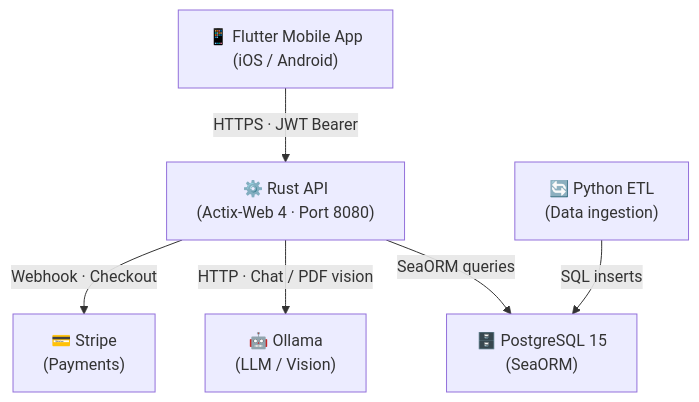
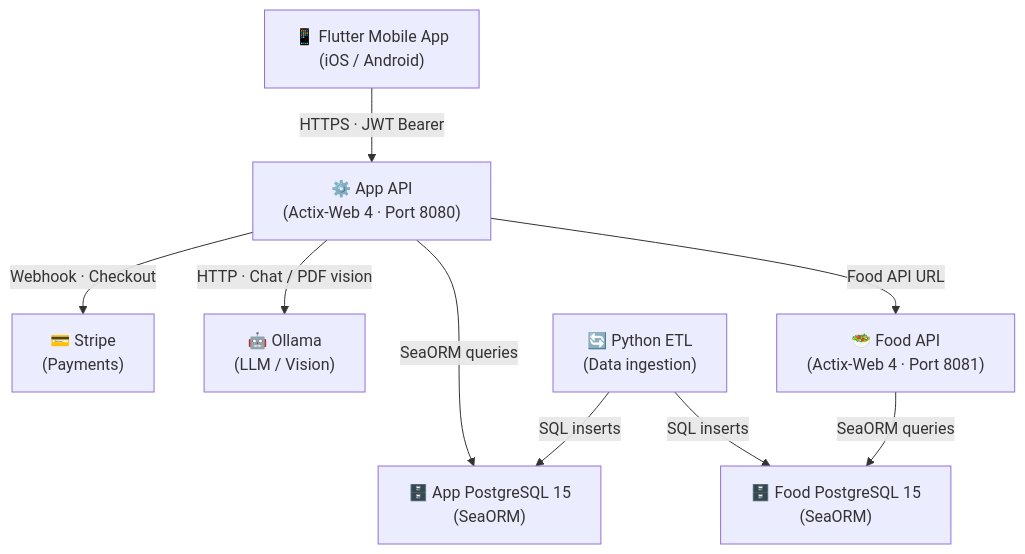
Before and after one commit to Cookest/docs: the diagram in content/docs/architecture/overview.mdx, drawn with Mermaid. The commit also changed other lines of this file and 20 other files, not shown here.

Commit message:
docs(backend): update Food API documentation

````diff
--- a/content/docs/architecture/overview.mdx
+++ b/content/docs/architecture/overview.mdx
@@ -12,15 +12,20 @@
 ```mermaid
 graph TD
   App["📱 Flutter Mobile App\n(iOS / Android)"]
-  API["⚙️ Rust API\n(Actix-Web 4 · Port 8080)"]
-  DB["🗄️ PostgreSQL 15\n(SeaORM)"]
+  FoodAPI["🥗 Food API\n(Actix-Web 4 · Port 8081)"]
+  AppAPI["⚙️ App API\n(Actix-Web 4 · Port 8080)"]
+  FoodDB["🗄️ Food PostgreSQL 15\n(SeaORM)"]
+  AppDB["🗄️ App PostgreSQL 15\n(SeaORM)"]
   Ollama["🤖 Ollama\n(LLM / Vision)"]
   Stripe["💳 Stripe\n(Payments)"]
   ETL["🔄 Python ETL\n(Data ingestion)"]
 
-  App -- "HTTPS · JWT Bearer" --> API
-  API -- "SeaORM queries" --> DB
-  API -- "HTTP · Chat / PDF vision" --> Ollama
-  API -- "Webhook · Checkout" --> Stripe
-  ETL -- "SQL inserts" --> DB
+  App -- "HTTPS · JWT Bearer" --> AppAPI
+  AppAPI -- "Food API URL" --> FoodAPI
+  FoodAPI -- "SeaORM queries" --> FoodDB
+  AppAPI -- "SeaORM queries" --> AppDB
+  AppAPI -- "HTTP · Chat / PDF vision" --> Ollama
+  AppAPI -- "Webhook · Checkout" --> Stripe
+  ETL -- "SQL inserts" --> FoodDB
+  ETL -- "SQL inserts" --> AppDB
 ```
````
